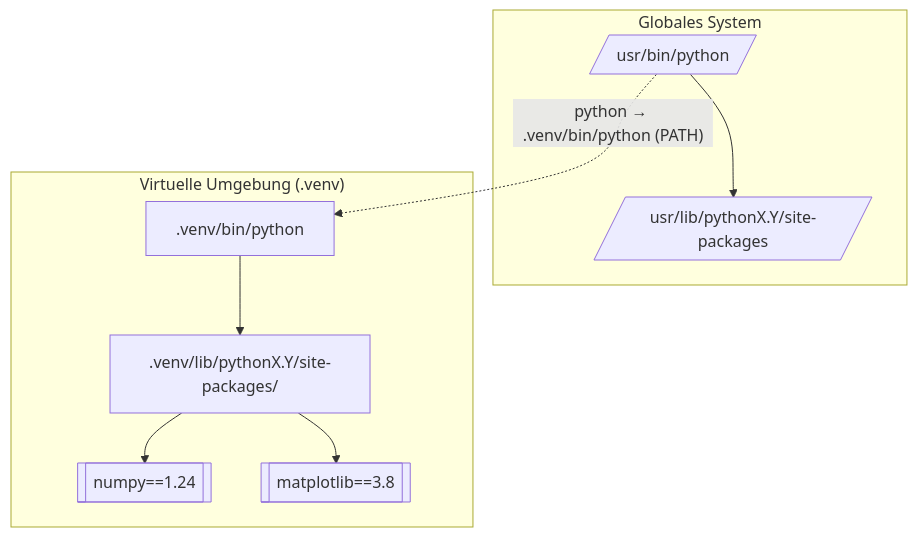
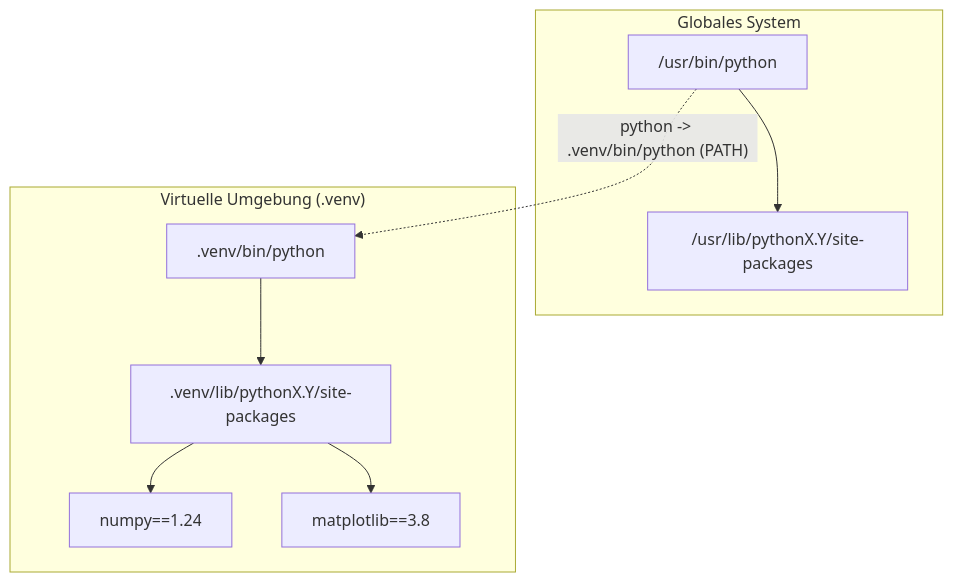
The third of 3 diagrams in source/python/section/venv.md (TobiasReichart/SimpleScience), drawn with Mermaid before and after one commit. The commit also changed other lines of this file and 3 other files, not shown here.

````diff
--- a/source/python/section/venv.md
+++ b/source/python/section/venv.md
@@ -126,23 +124,18 @@
-```{mermaid}
-:align: center
-:caption: Trennung zwischen dem globalen System-Python und einer virtuellen Umgebung
-
+<div class="mermaid">
 flowchart TB
-subgraph System["Globales System"]
-PY_SYS[/usr/bin/python/]
-SP_SYS[/usr/lib/pythonX.Y/site-packages/]
-PY_SYS --> SP_SYS
-end
-
-subgraph VENV["Virtuelle Umgebung (.venv)"]
-PY_VENV[.venv/bin/python]
-SP_VENV[.venv/lib/pythonX.Y/site-packages/]
-PY_VENV --> SP_VENV
-A1[[numpy==1.24]]
-A2[[matplotlib==3.8]]
-SP_VENV --> A1
-SP_VENV --> A2
-end
-
-PY_SYS -. "python → .venv/bin/python (PATH)" .-> PY_VENV
-```
+  subgraph System["Globales System"]
+    PY_SYS["/usr/bin/python"]
+    SP_SYS["/usr/lib/pythonX.Y/site-packages"]
+    PY_SYS --> SP_SYS
+  end
+  subgraph VENV["Virtuelle Umgebung (.venv)"]
+    PY_VENV[".venv/bin/python"]
+    SP_VENV[".venv/lib/pythonX.Y/site-packages"]
+    PY_VENV --> SP_VENV
+    A1["numpy==1.24"]
+    A2["matplotlib==3.8"]
+    SP_VENV --> A1
+    SP_VENV --> A2
+  end
+  PY_SYS -. "python -> .venv/bin/python (PATH)" .-> PY_VENV
+</div>
````
